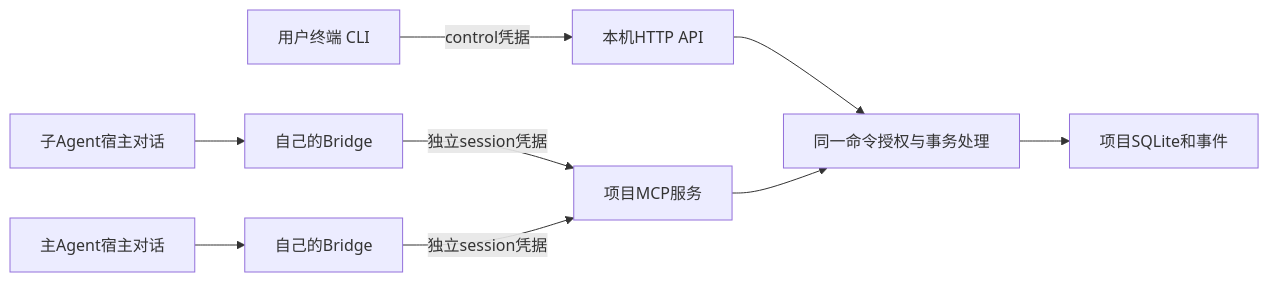
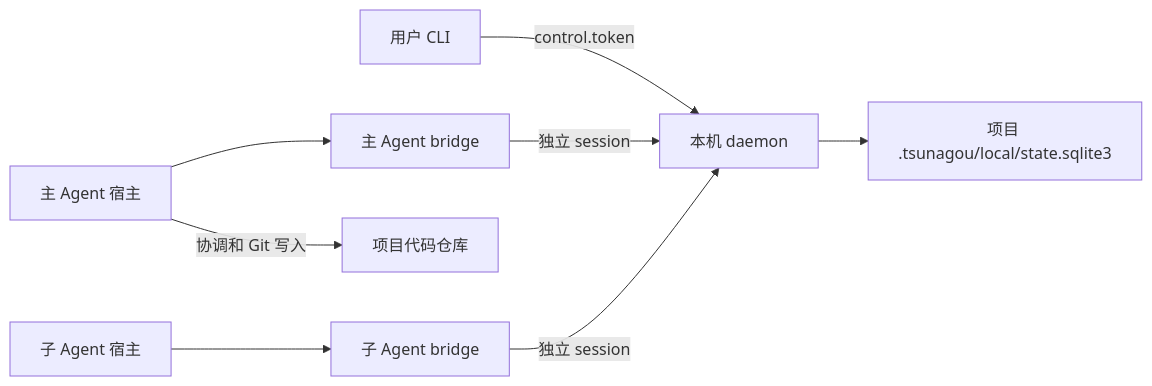
The diagram in docs/overview/cli-http-manual.md (tyuikl32/Tsunagou), drawn with Mermaid before and after one commit. The commit also changed other lines of this file and 12 other files, not shown here.

````diff
--- a/docs/overview/cli-http-manual.md
+++ b/docs/overview/cli-http-manual.md
@@ -9,11 +17,10 @@
 ```mermaid
 flowchart LR
-  U[用户终端 CLI] -->|control凭据| HTTP[本机HTTP API]
-  S[子Agent宿主对话] --> B[自己的Bridge]
-  M[主Agent宿主对话] --> MB[自己的Bridge]
-  B -->|独立session凭据| MCP[项目MCP服务]
-  MB -->|独立session凭据| MCP
-  HTTP --> C[同一命令授权与事务处理]
-  MCP --> C
-  C --> DB[项目SQLite和事件]
+  U[用户 CLI] -->|control.token| D[本机 daemon]
+  M[主 Agent 宿主] --> MB[主 Agent bridge]
+  W[子 Agent 宿主] --> WB[子 Agent bridge]
+  MB -->|独立 session| D
+  WB -->|独立 session| D
+  D --> DB[项目 .tsunagou/local/state.sqlite3]
+  M -->|协调和 Git 写入| R[项目代码仓库]
 ```
````
